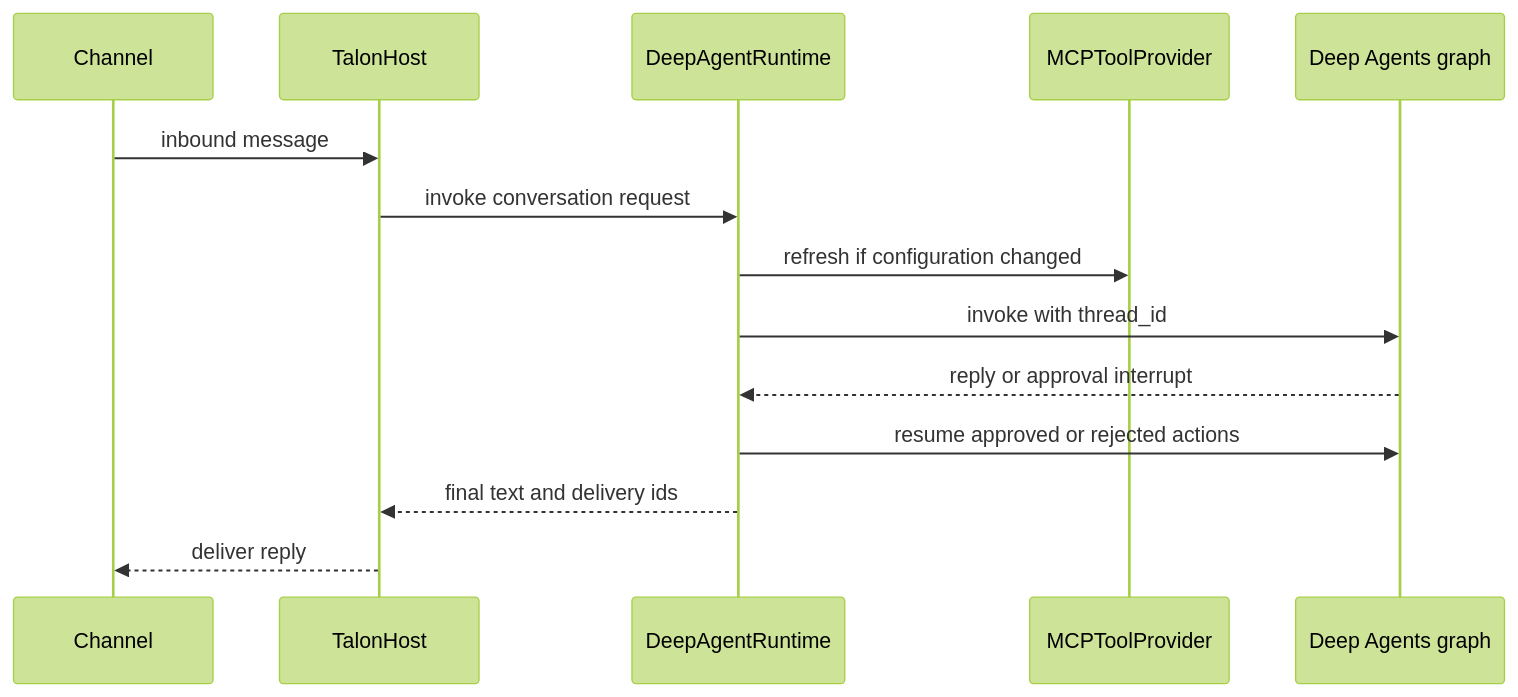
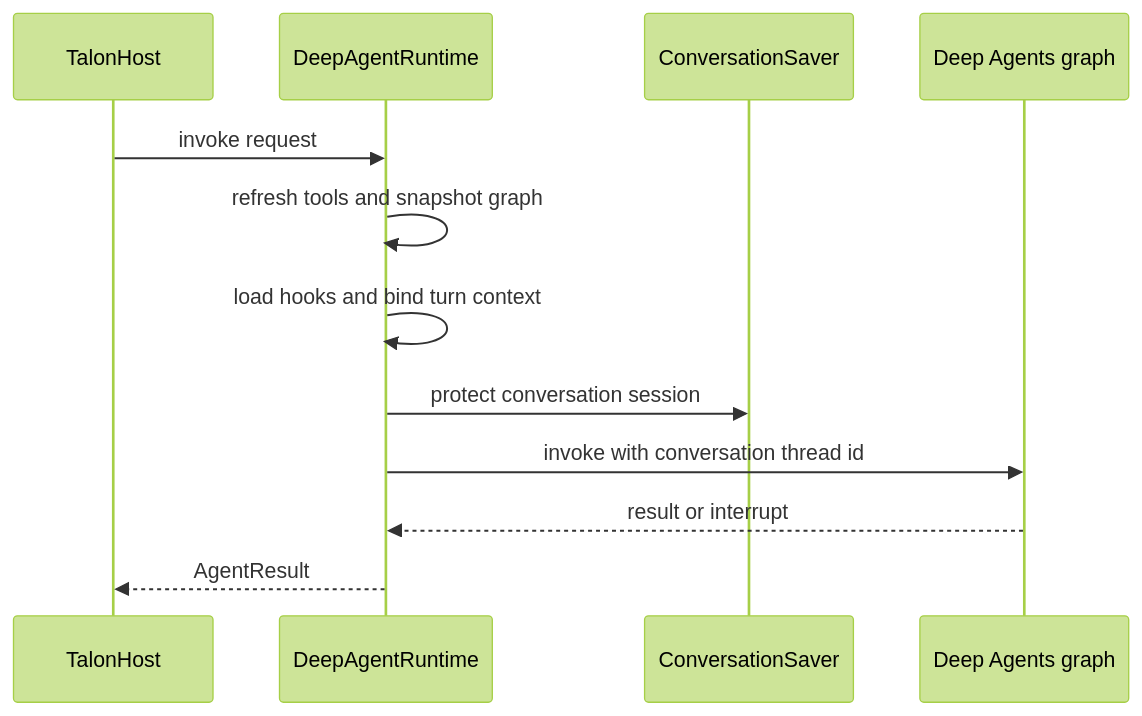
One commit to langchain-ai/deepagents changed the second of 2 diagrams in openwiki/architecture/source-map.md. Above: the diagram before and after it, drawn with Mermaid (forest theme). The commit also changed other lines of this file and 33 other files, not shown here.

````diff
--- a/openwiki/architecture/source-map.md
+++ b/openwiki/architecture/source-map.md
@@ -121,16 +98,14 @@
 ```mermaid
 sequenceDiagram
-  participant Channel as Channel
   participant Host as TalonHost
   participant Runtime as DeepAgentRuntime
-  participant Provider as MCPToolProvider
+  participant Saver as ConversationSaver
   participant Graph as Deep Agents graph
-  Channel->>Host: inbound message
-  Host->>Runtime: invoke conversation request
-  Runtime->>Provider: refresh if configuration changed
-  Runtime->>Graph: invoke with thread_id
-  Graph-->>Runtime: reply or approval interrupt
-  Runtime->>Graph: resume approved or rejected actions
-  Runtime-->>Host: final text and delivery ids
-  Host-->>Channel: deliver reply
+  Host->>Runtime: invoke request
+  Runtime->>Runtime: refresh tools and snapshot graph
+  Runtime->>Runtime: load hooks and bind turn context
+  Runtime->>Saver: protect conversation session
+  Runtime->>Graph: invoke with conversation thread id
+  Graph-->>Runtime: result or interrupt
+  Runtime-->>Host: AgentResult
 ```
````
